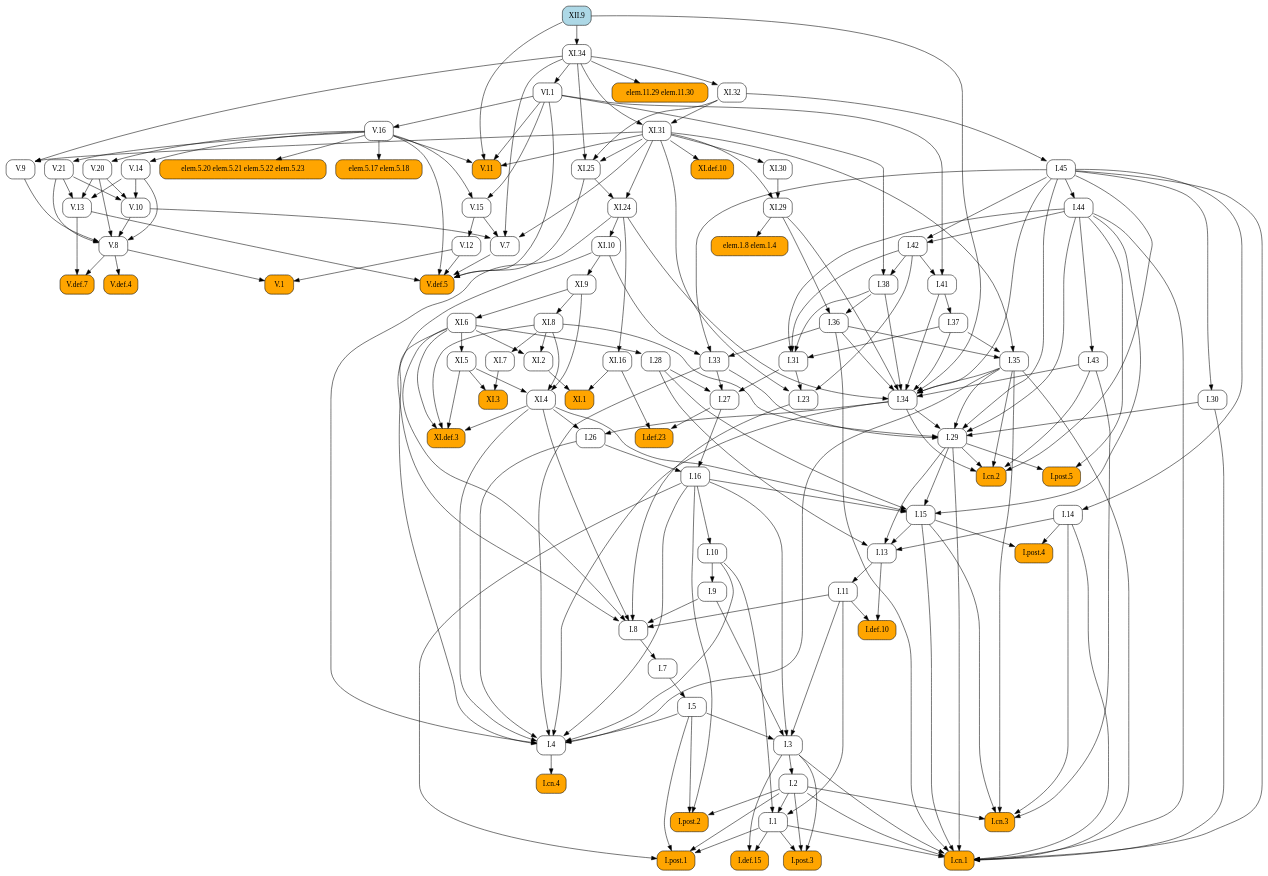
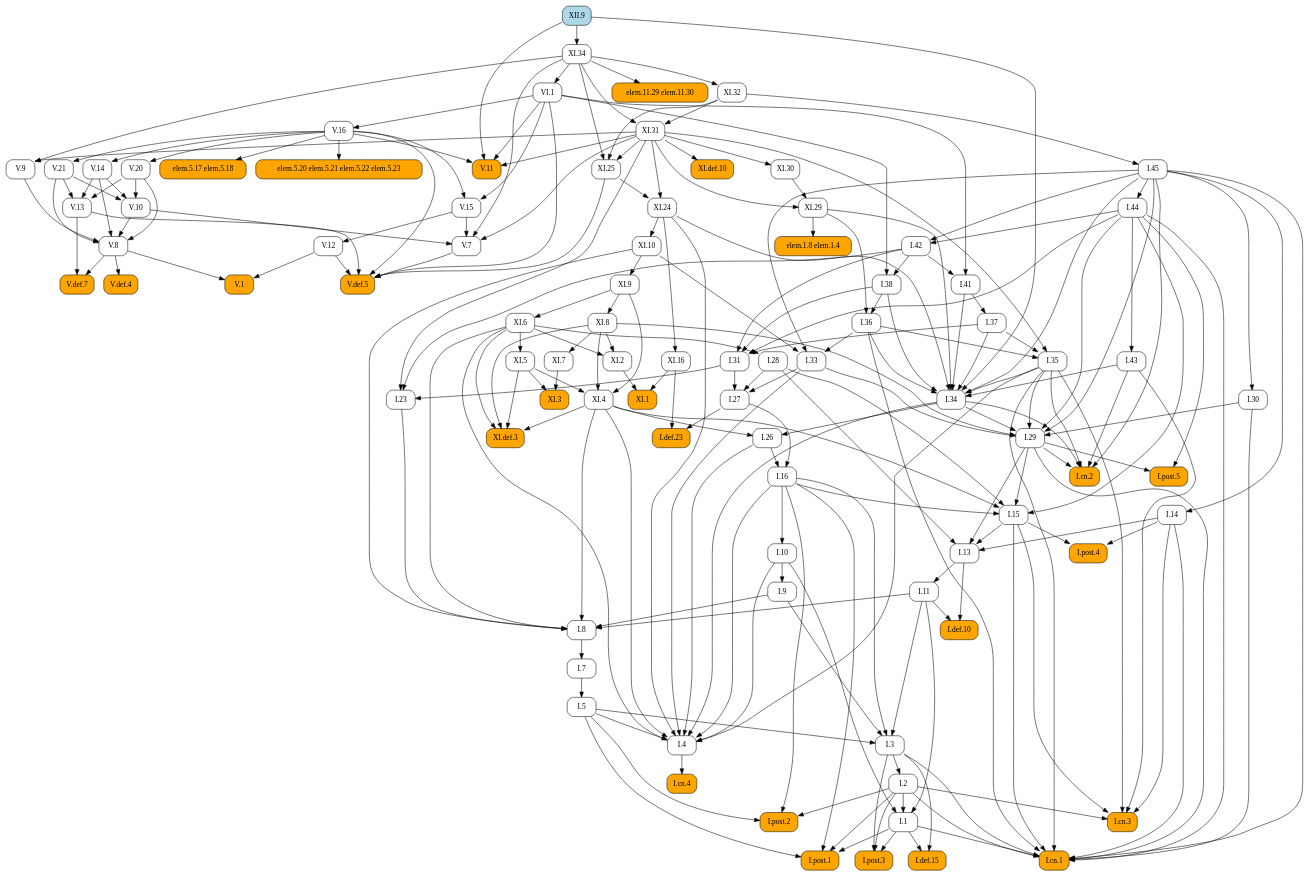
The diagram in docsrc/heath/XII/9/index.rst (geometor/elements), drawn with Graphviz before and after one commit. The commit also changed other lines of this file and 484 other files, not shown here.

```diff
--- a/docsrc/heath/XII/9/index.rst
+++ b/docsrc/heath/XII/9/index.rst
@@ -52,148 +52,141 @@
    digraph {
      rankdir="TB";
      node [shape=box, style=rounded];
+     "I.23" [URL="/heath/I/23/", target="_top"];
+     "I.9" [URL="/heath/I/9/", target="_top"];
+     "I.def.15" [style="rounded,filled", fillcolor=orange, URL="/heath/I/def.15/", target="_top"];
+     "V.13" [URL="/heath/V/13/", target="_top"];
+     "XI.24" [URL="/heath/XI/24/", target="_top"];
+     "V.7" [URL="/heath/V/7/", target="_top"];
+     "elem.5.17 elem.5.18" [style="rounded,filled", fillcolor=orange];
+     "XI.6" [URL="/heath/XI/6/", target="_top"];
+     "I.post.1" [style="rounded,filled", fillcolor=orange, URL="/heath/I/post.1/", target="_top"];
+     "V.14" [URL="/heath/V/14/", target="_top"];
+     "I.43" [URL="/heath/I/43/", target="_top"];
+     "V.9" [URL="/heath/V/9/", target="_top"];
+     "I.30" [URL="/heath/I/30/", target="_top"];
+     "I.31" [URL="/heath/I/31/", target="_top"];
      "I.def.10" [style="rounded,filled", fillcolor=orange, URL="/heath/I/def.10/", target="_top"];
+     "V.10" [URL="/heath/V/10/", target="_top"];
+     "XI.def.3" [style="rounded,filled", fillcolor=orange, URL="/heath/XI/def.3/", target="_top"];
+     "VI.1" [URL="/heath/VI/1/", target="_top"];
+     "XI.10" [URL="/heath/XI/10/", target="_top"];
+     "elem.1.8 elem.1.4" [style="rounded,filled", fillcolor=orange];
+     "I.14" [URL="/heath/I/14/", target="_top"];
+     "V.11" [style="rounded,filled", fillcolor=orange, URL="/heath/V/11/", target="_top"];
+     "XI.2" [URL="/heath/XI/2/", target="_top"];
+     "I.34" [URL="/heath/I/34/", target="_top"];
+     "XI.7" [URL="/heath/XI/7/", target="_top"];
+     "I.3" [URL="/heath/I/3/", target="_top"];
+     "V.def.4" [style="rounded,filled", fillcolor=orange, URL="/heath/V/def.4/", target="_top"];
+     "V.def.7" [style="rounded,filled", fillcolor=orange, URL="/heath/V/def.7/", target="_top"];
+     "V.21" [URL="/heath/V/21/", target="_top"];
+     "I.2" [URL="/heath/I/2/", target="_top"];
+     "I.13" [URL="/heath/I/13/", target="_top"];
+     "I.post.4" [style="rounded,filled", fillcolor=orange, URL="/heath/I/post.4/", target="_top"];
+     "I.4" [URL="/heath/I/4/", target="_top"];
+     "I.1" [URL="/heath/I/1/", target="_top"];
+     "XI.16" [URL="/heath/XI/16/", target="_top"];
+     "I.8" [URL="/heath/I/8/", target="_top"];
+     "I.45" [URL="/heath/I/45/", target="_top"];
+     "I.29" [URL="/heath/I/29/", target="_top"];
+     "XI.31" [URL="/heath/XI/31/", target="_top"];
+     "XI.5" [URL="/heath/XI/5/", target="_top"];
+     "V.8" [URL="/heath/V/8/", target="_top"];
+     "I.38" [URL="/heath/I/38/", target="_top"];
+     "I.15" [URL="/heath/I/15/", target="_top"];
+     "I.10" [URL="/heath/I/10/", target="_top"];
      "I.11" [URL="/heath/I/11/", target="_top"];
-     "I.post.4" [style="rounded,filled", fillcolor=orange, URL="/heath/I/post.4/", target="_top"];
-     "I.1" [URL="/heath/I/1/", target="_top"];
+     "I.def.23" [style="rounded,filled", fillcolor=orange, URL="/heath/I/def.23/", target="_top"];
+     "I.44" [URL="/heath/I/44/", target="_top"];
+     "XI.1" [style="rounded,filled", fillcolor=orange, URL="/heath/XI/1/", target="_top"];
+     "I.26" [URL="/heath/I/26/", target="_top"];
+     "V.16" [URL="/heath/V/16/", target="_top"];
+     "I.33" [URL="/heath/I/33/", target="_top"];
+     "XI.4" [URL="/heath/XI/4/", target="_top"];
+     "XI.8" [URL="/heath/XI/8/", target="_top"];
+     "I.post.3" [style="rounded,filled", fillcolor=orange, URL="/heath/I/post.3/", target="_top"];
+     "V.def.5" [style="rounded,filled", fillcolor=orange, URL="/heath/V/def.5/", target="_top"];
+     "XI.3" [style="rounded,filled", fillcolor=orange, URL="/heath/XI/3/", target="_top"];
+     "XI.def.10" [style="rounded,filled", fillcolor=orange, URL="/heath/XI/def.10/", target="_top"];
+     "I.42" [URL="/heath/I/42/", target="_top"];
+     "V.20" [URL="/heath/V/20/", target="_top"];
+     "I.27" [URL="/heath/I/27/", target="_top"];
+     "V.12" [URL="/heath/V/12/", target="_top"];
+     "I.35" [URL="/heath/I/35/", target="_top"];
+     "I.cn.1" [style="rounded,filled", fillcolor=orange, URL="/heath/I/cn.1/", target="_top"];
+     "I.7" [URL="/heath/I/7/", target="_top"];
+     "I.36" [URL="/heath/I/36/", target="_top"];
+     "I.5" [URL="/heath/I/5/", target="_top"];
+     "I.37" [URL="/heath/I/37/", target="_top"];
+     "I.cn.3" [style="rounded,filled", fillcolor=orange, URL="/heath/I/cn.3/", target="_top"];
+     "I.16" [URL="/heath/I/16/", target="_top"];
+     "XI.29" [URL="/heath/XI/29/", target="_top"];
+     "V.1" [style="rounded,filled", fillcolor=orange, URL="/heath/V/1/", target="_top"];
+     "XII.9" [style="rounded,filled", fillcolor=lightblue, URL="/heath/XII/9/", target="_top"];
+     "XI.9" [URL="/heath/XI/9/", target="_top"];
+     "I.cn.2" [style="rounded,filled", fillcolor=orange, URL="/heath/I/cn.2/", target="_top"];
+     "elem.11.29 elem.11.30" [style="rounded,filled", fillcolor=orange];
+     "I.post.5" [style="rounded,filled", fillcolor=orange, URL="/heath/I/post.5/", target="_top"];
      "I.28" [URL="/heath/I/28/", target="_top"];
-     "XI.7" [URL="/heath/XI/7/", target="_top"];
-     "V.def.5" [style="rounded,filled", fillcolor=orange, URL="/heath/V/def.5/", target="_top"];
-     "XI.9" [URL="/heath/XI/9/", target="_top"];
-     "XI.8" [URL="/heath/XI/8/", target="_top"];
-     "V.11" [style="rounded,filled", fillcolor=orange, URL="/heath/V/11/", target="_top"];
-     "V.13" [URL="/heath/V/13/", target="_top"];
-     "I.post.3" [style="rounded,filled", fillcolor=orange, URL="/heath/I/post.3/", target="_top"];
-     "VI.1" [URL="/heath/VI/1/", target="_top"];
-     "XI.1" [style="rounded,filled", fillcolor=orange, URL="/heath/XI/1/", target="_top"];
-     "I.cn.3" [style="rounded,filled", fillcolor=orange, URL="/heath/I/cn.3/", target="_top"];
+     "I.cn.4" [style="rounded,filled", fillcolor=orange, URL="/heath/I/cn.4/", target="_top"];
+     "V.15" [URL="/heath/V/15/", target="_top"];
+     "I.41" [URL="/heath/I/41/", target="_top"];
+     "I.post.2" [style="rounded,filled", fillcolor=orange, URL="/heath/I/post.2/", target="_top"];
+     "XI.34" [URL="/heath/XI/34/", target="_top"];
+     "XI.30" [URL="/heath/XI/30/", target="_top"];
+     "XI.32" [URL="/heath/XI/32/", target="_top"];
+     "elem.5.20 elem.5.21 elem.5.22 elem.5.23" [style="rounded,filled", fillcolor=orange];
      "XI.25" [URL="/heath/XI/25/", target="_top"];
-     "I.14" [URL="/heath/I/14/", target="_top"];
-     "V.16" [URL="/heath/V/16/", target="_top"];
-     "XI.2" [URL="/heath/XI/2/", target="_top"];
-     "XI.16" [URL="/heath/XI/16/", target="_top"];
-     "XI.31" [URL="/heath/XI/31/", target="_top"];
-     "I.36" [URL="/heath/I/36/", target="_top"];
-     "V.8" [URL="/heath/V/8/", target="_top"];
-     "I.41" [URL="/heath/I/41/", target="_top"];
-     "I.37" [URL="/heath/I/37/", target="_top"];
-     "I.34" [URL="/heath/I/34/", target="_top"];
-     "I.27" [URL="/heath/I/27/", target="_top"];
-     "I.2" [URL="/heath/I/2/", target="_top"];
-     "I.def.23" [style="rounded,filled", fillcolor=orange, URL="/heath/I/def.23/", target="_top"];
-     "elem.1.8 elem.1.4" [style="rounded,filled", fillcolor=orange];
-     "XI.32" [URL="/heath/XI/32/", target="_top"];
-     "elem.11.29 elem.11.30" [style="rounded,filled", fillcolor=orange];
-     "I.33" [URL="/heath/I/33/", target="_top"];
-     "I.post.2" [style="rounded,filled", fillcolor=orange, URL="/heath/I/post.2/", target="_top"];
-     "I.45" [URL="/heath/I/45/", target="_top"];
-     "I.42" [URL="/heath/I/42/", target="_top"];
-     "elem.5.20 elem.5.21 elem.5.22 elem.5.23" [style="rounded,filled", fillcolor=orange];
-     "I.9" [URL="/heath/I/9/", target="_top"];
-     "V.def.4" [style="rounded,filled", fillcolor=orange, URL="/heath/V/def.4/", target="_top"];
-     "I.cn.4" [style="rounded,filled", fillcolor=orange, URL="/heath/I/cn.4/", target="_top"];
-     "I.15" [URL="/heath/I/15/", target="_top"];
-     "I.38" [URL="/heath/I/38/", target="_top"];
-     "V.def.7" [style="rounded,filled", fillcolor=orange, URL="/heath/V/def.7/", target="_top"];
-     "I.5" [URL="/heath/I/5/", target="_top"];
-     "V.21" [URL="/heath/V/21/", target="_top"];
-     "XI.def.3" [style="rounded,filled", fillcolor=orange, URL="/heath/XI/def.3/", target="_top"];
-     "I.26" [URL="/heath/I/26/", target="_top"];
-     "V.14" [URL="/heath/V/14/", target="_top"];
-     "I.29" [URL="/heath/I/29/", target="_top"];
-     "V.12" [URL="/heath/V/12/", target="_top"];
-     "I.cn.2" [style="rounded,filled", fillcolor=orange, URL="/heath/I/cn.2/", target="_top"];
-     "V.20" [URL="/heath/V/20/", target="_top"];
-     "V.10" [URL="/heath/V/10/", target="_top"];
-     "XI.30" [URL="/heath/XI/30/", target="_top"];
-     "I.def.15" [style="rounded,filled", fillcolor=orange, URL="/heath/I/def.15/", target="_top"];
-     "V.15" [URL="/heath/V/15/", target="_top"];
-     "XI.5" [URL="/heath/XI/5/", target="_top"];
-     "I.cn.1" [style="rounded,filled", fillcolor=orange, URL="/heath/I/cn.1/", target="_top"];
-     "I.30" [URL="/heath/I/30/", target="_top"];
-     "V.7" [URL="/heath/V/7/", target="_top"];
-     "XI.29" [URL="/heath/XI/29/", target="_top"];
-     "V.9" [URL="/heath/V/9/", target="_top"];
-     "I.23" [URL="/heath/I/23/", target="_top"];
-     "I.43" [URL="/heath/I/43/", target="_top"];
-     "I.post.1" [style="rounded,filled", fillcolor=orange, URL="/heath/I/post.1/", target="_top"];
-     "XI.6" [URL="/heath/XI/6/", target="_top"];
-     "I.35" [URL="/heath/I/35/", target="_top"];
-     "I.7" [URL="/heath/I/7/", target="_top"];
-     "I.3" [URL="/heath/I/3/", target="_top"];
-     "I.4" [URL="/heath/I/4/", target="_top"];
-     "I.13" [URL="/heath/I/13/", target="_top"];
-     "XI.def.10" [style="rounded,filled", fillcolor=orange, URL="/heath/XI/def.10/", target="_top"];
-     "I.31" [URL="/heath/I/31/", target="_top"];
-     "V.1" [style="rounded,filled", fillcolor=orange, URL="/heath/V/1/", target="_top"];
-     "I.16" [URL="/heath/I/16/", target="_top"];
-     "XII.9" [style="rounded,filled", fillcolor=lightblue, URL="/heath/XII/9/", target="_top"];
-     "elem.5.17 elem.5.18" [style="rounded,filled", fillcolor=orange];
-     "XI.34" [URL="/heath/XI/34/", target="_top"];
-     "I.8" [URL="/heath/I/8/", target="_top"];
-     "XI.4" [URL="/heath/XI/4/", target="_top"];
-     "XI.24" [URL="/heath/XI/24/", target="_top"];
-     "I.post.5" [style="rounded,filled", fillcolor=orange, URL="/heath/I/post.5/", target="_top"];
-     "I.44" [URL="/heath/I/44/", target="_top"];
-     "I.10" [URL="/heath/I/10/", target="_top"];
-     "XI.10" [URL="/heath/XI/10/", target="_top"];
-     "XI.3" [style="rounded,filled", fillcolor=orange, URL="/heath/XI/3/", target="_top"];
+     "I.31" -> "I.23";
+     "I.42" -> "I.23";
+     "XI.31" -> "I.23";
+     "I.10" -> "I.9";
+     "I.1" -> "I.def.15";
+     "I.3" -> "I.def.15";
+     "V.14" -> "V.13";
+     "V.20" -> "V.13";
+     "V.21" -> "V.13";
+     "XI.25" -> "XI.24";
+     "XI.31" -> "XI.24";
+     "V.10" -> "V.7";
+     "V.15" -> "V.7";
+     "XI.31" -> "V.7";
+     "XI.34" -> "V.7";
+     "V.16" -> "elem.5.17 elem.5.18";
+     "XI.9" -> "XI.6";
+     "I.1" -> "I.post.1";
+     "I.2" -> "I.post.1";
+     "I.5" -> "I.post.1";
+     "I.16" -> "I.post.1";
+     "V.16" -> "V.14";
+     "I.44" -> "I.43";
+     "XI.31" -> "V.9";
+     "XI.34" -> "V.9";
+     "I.45" -> "I.30";
+     "I.37" -> "I.31";
+     "I.38" -> "I.31";
+     "I.42" -> "I.31";
+     "I.44" -> "I.31";
      "I.11" -> "I.def.10";
      "I.13" -> "I.def.10";
-     "I.13" -> "I.11";
-     "I.14" -> "I.post.4";
-     "I.15" -> "I.post.4";
-     "I.2" -> "I.1";
-     "I.10" -> "I.1";
-     "I.11" -> "I.1";
-     "XI.6" -> "I.28";
-     "XI.8" -> "XI.7";
-     "V.7" -> "V.def.5";
-     "V.12" -> "V.def.5";
-     "V.13" -> "V.def.5";
-     "V.16" -> "V.def.5";
-     "VI.1" -> "V.def.5";
-     "XI.25" -> "V.def.5";
-     "XI.10" -> "XI.9";
-     "XI.9" -> "XI.8";
+     "V.14" -> "V.10";
+     "V.20" -> "V.10";
+     "V.21" -> "V.10";
+     "XI.4" -> "XI.def.3";
+     "XI.5" -> "XI.def.3";
+     "XI.6" -> "XI.def.3";
+     "XI.8" -> "XI.def.3";
+     "XI.34" -> "VI.1";
+     "XI.24" -> "XI.10";
+     "XI.29" -> "elem.1.8 elem.1.4";
+     "I.45" -> "I.14";
      "V.16" -> "V.11";
      "VI.1" -> "V.11";
      "XI.31" -> "V.11";
      "XII.9" -> "V.11";
-     "V.14" -> "V.13";
-     "V.20" -> "V.13";
-     "V.21" -> "V.13";
-     "I.1" -> "I.post.3";
-     "I.2" -> "I.post.3";
-     "I.3" -> "I.post.3";
-     "XI.34" -> "VI.1";
-     "XI.2" -> "XI.1";
-     "XI.16" -> "XI.1";
-     "I.2" -> "I.cn.3";
-     "I.14" -> "I.cn.3";
-     "I.15" -> "I.cn.3";
-     "I.35" -> "I.cn.3";
-     "I.43" -> "I.cn.3";
-     "XI.31" -> "XI.25";
-     "XI.32" -> "XI.25";
-     "XI.34" -> "XI.25";
-     "I.45" -> "I.14";
-     "VI.1" -> "V.16";
      "XI.6" -> "XI.2";
      "XI.8" -> "XI.2";
-     "XI.24" -> "XI.16";
-     "XI.32" -> "XI.31";
-     "XI.34" -> "XI.31";
-     "I.38" -> "I.36";
-     "XI.29" -> "I.36";
-     "V.9" -> "V.8";
-     "V.10" -> "V.8";
-     "V.14" -> "V.8";
-     "V.20" -> "V.8";
-     "V.21" -> "V.8";
-     "I.42" -> "I.41";
-     "VI.1" -> "I.41";
-     "I.41" -> "I.37";
      "I.35" -> "I.34";
      "I.36" -> "I.34";
      "I.37" -> "I.34";
@@ -204,46 +197,43 @@
      "XI.24" -> "I.34";
      "XI.29" -> "I.34";
      "XII.9" -> "I.34";
-     "I.28" -> "I.27";
-     "I.31" -> "I.27";
-     "I.33" -> "I.27";
-     "I.3" -> "I.2";
-     "I.27" -> "I.def.23";
-     "XI.16" -> "I.def.23";
-     "XI.29" -> "elem.1.8 elem.1.4";
-     "XI.34" -> "XI.32";
-     "XI.34" -> "elem.11.29 elem.11.30";
-     "I.36" -> "I.33";
-     "I.45" -> "I.33";
-     "XI.10" -> "I.33";
-     "I.2" -> "I.post.2";
-     "I.5" -> "I.post.2";
-     "I.16" -> "I.post.2";
-     "XI.32" -> "I.45";
-     "I.44" -> "I.42";
-     "I.45" -> "I.42";
-     "V.16" -> "elem.5.20 elem.5.21 elem.5.22 elem.5.23";
-     "I.10" -> "I.9";
+     "XI.8" -> "XI.7";
+     "I.5" -> "I.3";
+     "I.9" -> "I.3";
+     "I.11" -> "I.3";
+     "I.16" -> "I.3";
      "V.8" -> "V.def.4";
-     "I.4" -> "I.cn.4";
-     "I.16" -> "I.15";
-     "I.28" -> "I.15";
-     "I.29" -> "I.15";
-     "I.44" -> "I.15";
-     "XI.4" -> "I.15";
-     "I.42" -> "I.38";
-     "VI.1" -> "I.38";
      "V.8" -> "V.def.7";
      "V.13" -> "V.def.7";
-     "I.7" -> "I.5";
      "V.16" -> "V.21";
-     "XI.4" -> "XI.def.3";
-     "XI.5" -> "XI.def.3";
-     "XI.6" -> "XI.def.3";
-     "XI.8" -> "XI.def.3";
-     "I.34" -> "I.26";
-     "XI.4" -> "I.26";
-     "V.16" -> "V.14";
+     "I.3" -> "I.2";
+     "I.14" -> "I.13";
+     "I.15" -> "I.13";
+     "I.28" -> "I.13";
+     "I.29" -> "I.13";
+     "I.14" -> "I.post.4";
+     "I.15" -> "I.post.4";
+     "I.5" -> "I.4";
+     "I.10" -> "I.4";
+     "I.16" -> "I.4";
+     "I.26" -> "I.4";
+     "I.33" -> "I.4";
+     "I.34" -> "I.4";
+     "I.35" -> "I.4";
+     "XI.4" -> "I.4";
+     "XI.6" -> "I.4";
+     "XI.24" -> "I.4";
+     "I.2" -> "I.1";
+     "I.10" -> "I.1";
+     "I.11" -> "I.1";
+     "XI.24" -> "XI.16";
+     "I.9" -> "I.8";
+     "I.11" -> "I.8";
+     "I.23" -> "I.8";
+     "XI.4" -> "I.8";
+     "XI.6" -> "I.8";
+     "XI.10" -> "I.8";
+     "XI.32" -> "I.45";
      "I.30" -> "I.29";
      "I.33" -> "I.29";
      "I.34" -> "I.29";
@@ -251,22 +241,60 @@
      "I.44" -> "I.29";
      "I.45" -> "I.29";
      "XI.8" -> "I.29";
+     "XI.32" -> "XI.31";
+     "XI.34" -> "XI.31";
+     "XI.6" -> "XI.5";
+     "V.9" -> "V.8";
+     "V.10" -> "V.8";
+     "V.14" -> "V.8";
+     "V.20" -> "V.8";
+     "V.21" -> "V.8";
+     "I.42" -> "I.38";
+     "VI.1" -> "I.38";
+     "I.16" -> "I.15";
+     "I.28" -> "I.15";
+     "I.29" -> "I.15";
+     "I.44" -> "I.15";
+     "XI.4" -> "I.15";
+     "I.16" -> "I.10";
+     "I.13" -> "I.11";
+     "I.27" -> "I.def.23";
+     "XI.16" -> "I.def.23";
+     "I.45" -> "I.44";
+     "XI.2" -> "XI.1";
+     "XI.16" -> "XI.1";
+     "I.34" -> "I.26";
+     "XI.4" -> "I.26";
+     "VI.1" -> "V.16";
+     "I.36" -> "I.33";
+     "I.45" -> "I.33";
+     "XI.10" -> "I.33";
+     "XI.5" -> "XI.4";
+     "XI.8" -> "XI.4";
+     "XI.9" -> "XI.4";
+     "XI.9" -> "XI.8";
+     "I.1" -> "I.post.3";
+     "I.2" -> "I.post.3";
+     "I.3" -> "I.post.3";
+     "V.7" -> "V.def.5";
+     "V.12" -> "V.def.5";
+     "V.13" -> "V.def.5";
+     "V.16" -> "V.def.5";
+     "VI.1" -> "V.def.5";
+     "XI.25" -> "V.def.5";
+     "XI.5" -> "XI.3";
+     "XI.7" -> "XI.3";
+     "XI.31" -> "XI.def.10";
+     "I.44" -> "I.42";
+     "I.45" -> "I.42";
+     "V.16" -> "V.20";
+     "I.28" -> "I.27";
+     "I.31" -> "I.27";
+     "I.33" -> "I.27";
      "V.15" -> "V.12";
-     "I.29" -> "I.cn.2";
-     "I.34" -> "I.cn.2";
-     "I.35" -> "I.cn.2";
-     "I.43" -> "I.cn.2";
-     "I.45" -> "I.cn.2";
-     "V.16" -> "V.20";
-     "V.14" -> "V.10";
-     "V.20" -> "V.10";
-     "V.21" -> "V.10";
-     "XI.31" -> "XI.30";
-     "I.1" -> "I.def.15";
-     "I.3" -> "I.def.15";
-     "V.16" -> "V.15";
-     "VI.1" -> "V.15";
-     "XI.6" -> "XI.5";
+     "I.36" -> "I.35";
+     "I.37" -> "I.35";
+     "XI.31" -> "I.35";
      "I.1" -> "I.cn.1";
      "I.2" -> "I.cn.1";
      "I.3" -> "I.cn.1";
@@ -278,73 +306,45 @@
      "I.36" -> "I.cn.1";
      "I.44" -> "I.cn.1";
      "I.45" -> "I.cn.1";
-     "I.45" -> "I.30";
-     "V.10" -> "V.7";
-     "V.15" -> "V.7";
-     "XI.31" -> "V.7";
-     "XI.34" -> "V.7";
+     "I.8" -> "I.7";
+     "I.38" -> "I.36";
+     "XI.29" -> "I.36";
+     "I.7" -> "I.5";
+     "I.41" -> "I.37";
+     "I.2" -> "I.cn.3";
+     "I.14" -> "I.cn.3";
+     "I.15" -> "I.cn.3";
+     "I.35" -> "I.cn.3";
+     "I.43" -> "I.cn.3";
+     "I.26" -> "I.16";
+     "I.27" -> "I.16";
      "XI.30" -> "XI.29";
      "XI.31" -> "XI.29";
-     "XI.31" -> "V.9";
-     "XI.34" -> "V.9";
-     "I.31" -> "I.23";
-     "I.42" -> "I.23";
-     "XI.31" -> "I.23";
-     "I.44" -> "I.43";
-     "I.1" -> "I.post.1";
-     "I.2" -> "I.post.1";
-     "I.5" -> "I.post.1";
-     "I.16" -> "I.post.1";
-     "XI.9" -> "XI.6";
-     "I.36" -> "I.35";
-     "I.37" -> "I.35";
-     "XI.31" -> "I.35";
-     "I.8" -> "I.7";
-     "I.5" -> "I.3";
-     "I.9" -> "I.3";
-     "I.11" -> "I.3";
-     "I.16" -> "I.3";
-     "I.5" -> "I.4";
-     "I.10" -> "I.4";
-     "I.16" -> "I.4";
-     "I.26" -> "I.4";
-     "I.33" -> "I.4";
-     "I.34" -> "I.4";
-     "I.35" -> "I.4";
-     "XI.4" -> "I.4";
-     "XI.6" -> "I.4";
-     "XI.24" -> "I.4";
-     "I.14" -> "I.13";
-     "I.15" -> "I.13";
-     "I.28" -> "I.13";
-     "I.29" -> "I.13";
-     "XI.31" -> "XI.def.10";
-     "I.37" -> "I.31";
-     "I.38" -> "I.31";
-     "I.42" -> "I.31";
-     "I.44" -> "I.31";
      "V.8" -> "V.1";
      "V.12" -> "V.1";
-     "I.26" -> "I.16";
-     "I.27" -> "I.16";
-     "V.16" -> "elem.5.17 elem.5.18";
-     "XII.9" -> "XI.34";
-     "I.9" -> "I.8";
-     "I.11" -> "I.8";
-     "I.23" -> "I.8";
-     "XI.4" -> "I.8";
-     "XI.6" -> "I.8";
-     "XI.10" -> "I.8";
-     "XI.5" -> "XI.4";
-     "XI.8" -> "XI.4";
-     "XI.9" -> "XI.4";
-     "XI.25" -> "XI.24";
-     "XI.31" -> "XI.24";
+     "XI.10" -> "XI.9";
+     "I.29" -> "I.cn.2";
+     "I.34" -> "I.cn.2";
+     "I.35" -> "I.cn.2";
+     "I.43" -> "I.cn.2";
+     "I.45" -> "I.cn.2";
+     "XI.34" -> "elem.11.29 elem.11.30";
      "I.29" -> "I.post.5";
      "I.44" -> "I.post.5";
-     "I.45" -> "I.44";
-     "I.16" -> "I.10";
-     "XI.24" -> "XI.10";
-     "XI.5" -> "XI.3";
-     "XI.7" -> "XI.3";
+     "XI.6" -> "I.28";
+     "I.4" -> "I.cn.4";
+     "V.16" -> "V.15";
+     "VI.1" -> "V.15";
+     "I.42" -> "I.41";
+     "VI.1" -> "I.41";
+     "I.2" -> "I.post.2";
+     "I.5" -> "I.post.2";
+     "I.16" -> "I.post.2";
+     "XII.9" -> "XI.34";
+     "XI.31" -> "XI.30";
+     "XI.34" -> "XI.32";
+     "V.16" -> "elem.5.20 elem.5.21 elem.5.22 elem.5.23";
+     "XI.31" -> "XI.25";
+     "XI.32" -> "XI.25";
+     "XI.34" -> "XI.25";
    }
```
